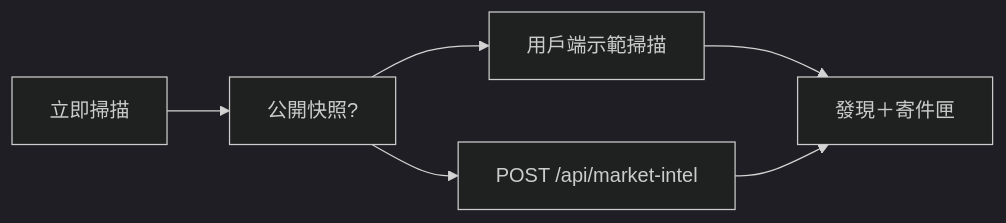
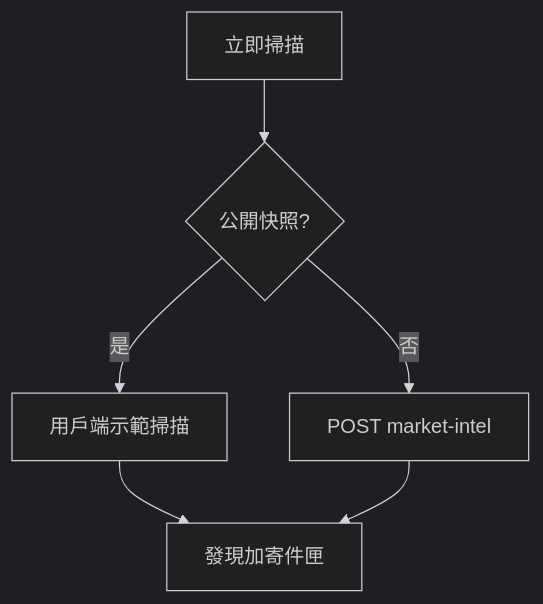
Before and after one commit to hxyan2020/PRD: the sixth of 6 diagrams in platform/docs/TSD.zh-Hant.md, drawn with Mermaid (dark theme). The commit also changed other lines of this file and 12 other files, not shown here.

First line of the commit message:
Add flowcharts and sequence diagrams to admin docs

````diff
--- a/platform/docs/TSD.zh-Hant.md
+++ b/platform/docs/TSD.zh-Hant.md
@@ -491,8 +515,8 @@
 ```mermaid
-graph LR
-  Click[立即掃描] --> Detect[公開快照?]
-  Detect --> Demo[用戶端示範掃描]
-  Detect --> Api[POST /api/market-intel]
-  Demo --> Desk[發現＋寄件匣]
+graph TD
+  Click[立即掃描] --> Detect{公開快照?}
+  Detect -->|是| Demo[用戶端示範掃描]
+  Detect -->|否| Api[POST market-intel]
+  Demo --> Desk[發現加寄件匣]
   Api --> Desk
 ```
````
